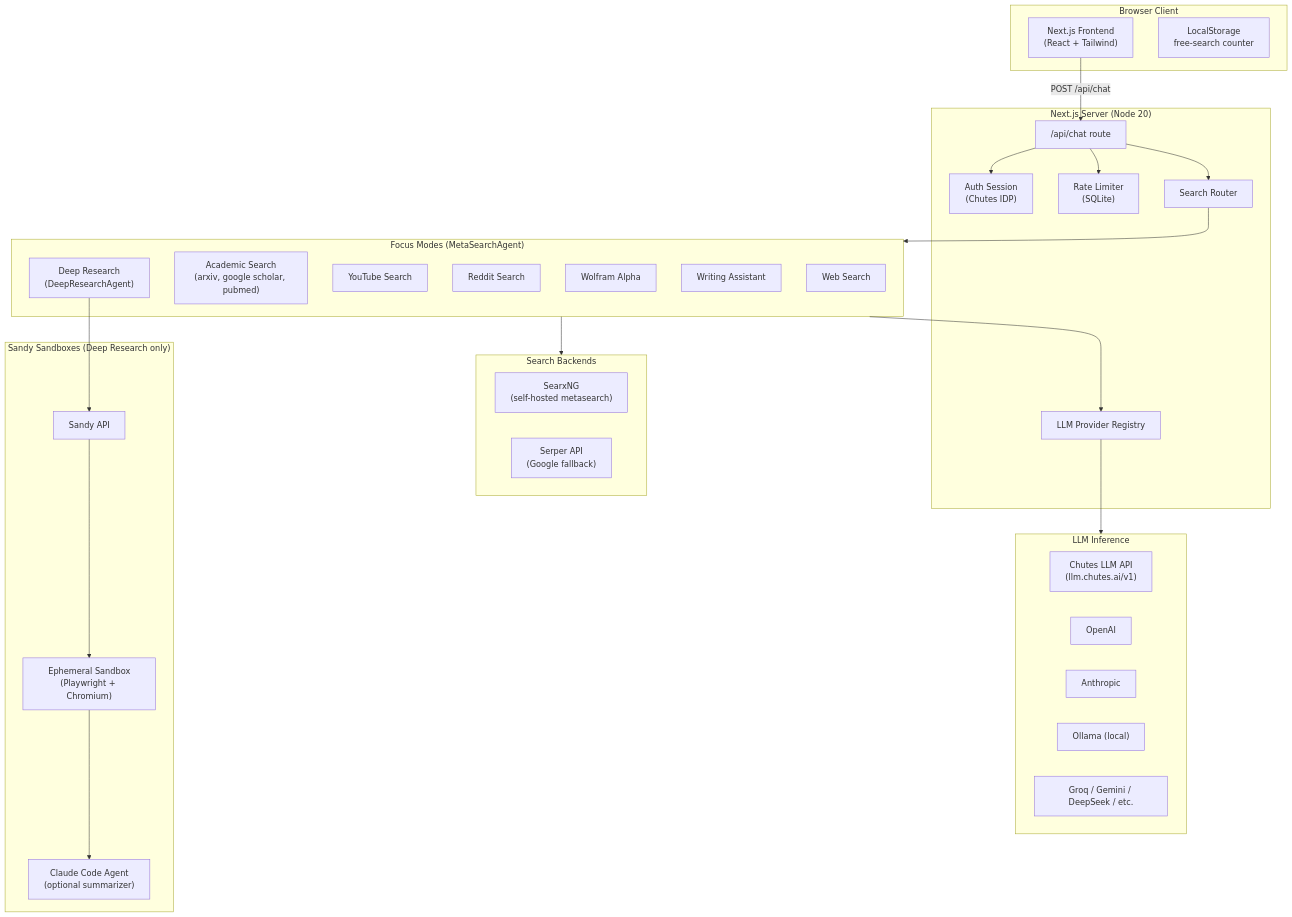
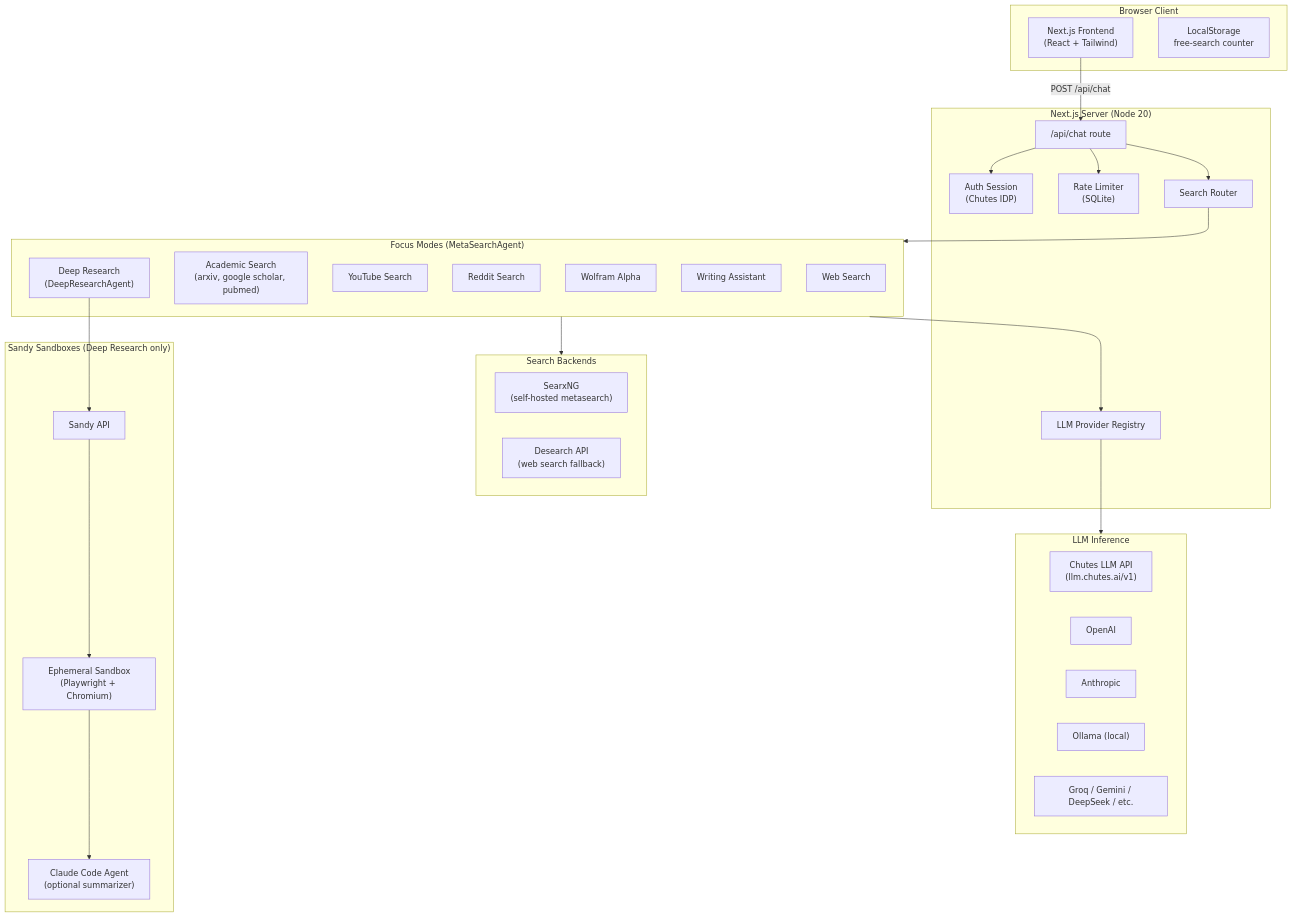
One commit to chutesai/chutes-search changed the diagram in docs2/diagrams/01-architecture-overview-diagram-1.mmd. Above: the diagram before and after it, drawn with Mermaid. The commit also changed 17 other files, not shown here.

Commit message:
Switch web search fallback to Desearch

```diff
--- a/docs2/diagrams/01-architecture-overview-diagram-1.mmd
+++ b/docs2/diagrams/01-architecture-overview-diagram-1.mmd
@@ -1,54 +1,54 @@
 flowchart TB
     subgraph Client["Browser Client"]
         UI["Next.js Frontend<br/>(React + Tailwind)"]
         LS["LocalStorage<br/>free-search counter"]
     end
 
     subgraph Server["Next.js Server (Node 20)"]
         API["/api/chat route"]
         AUTH["Auth Session<br/>(Chutes IDP)"]
         RATE["Rate Limiter<br/>(SQLite)"]
         ROUTER["Search Router"]
         PROVIDERS["LLM Provider Registry"]
     end
 
     subgraph FocusModes["Focus Modes (MetaSearchAgent)"]
         WEB["Web Search"]
         ACAD["Academic Search<br/>(arxiv, google scholar, pubmed)"]
         YT["YouTube Search"]
         RD["Reddit Search"]
         WA["Wolfram Alpha"]
         WR["Writing Assistant"]
         DR["Deep Research<br/>(DeepResearchAgent)"]
     end
 
     subgraph SearchBackends["Search Backends"]
         SEARXNG["SearxNG<br/>(self-hosted metasearch)"]
-        SERPER["Serper API<br/>(Google fallback)"]
+        DESEARCH["Desearch API<br/>(web search fallback)"]
     end
 
     subgraph LLMLayer["LLM Inference"]
         CHUTES_LLM["Chutes LLM API<br/>(llm.chutes.ai/v1)"]
         OPENAI["OpenAI"]
         ANTHROPIC["Anthropic"]
         OLLAMA["Ollama (local)"]
         OTHERS["Groq / Gemini / DeepSeek / etc."]
     end
 
     subgraph SandboxLayer["Sandy Sandboxes (Deep Research only)"]
         SANDY["Sandy API"]
         SB["Ephemeral Sandbox<br/>(Playwright + Chromium)"]
         AGENT["Claude Code Agent<br/>(optional summarizer)"]
     end
 
     UI -->|POST /api/chat| API
     API --> AUTH
     API --> RATE
     API --> ROUTER
     ROUTER --> FocusModes
     FocusModes --> SearchBackends
     FocusModes --> PROVIDERS
     PROVIDERS --> LLMLayer
     DR --> SANDY
     SANDY --> SB
     SB --> AGENT
```
